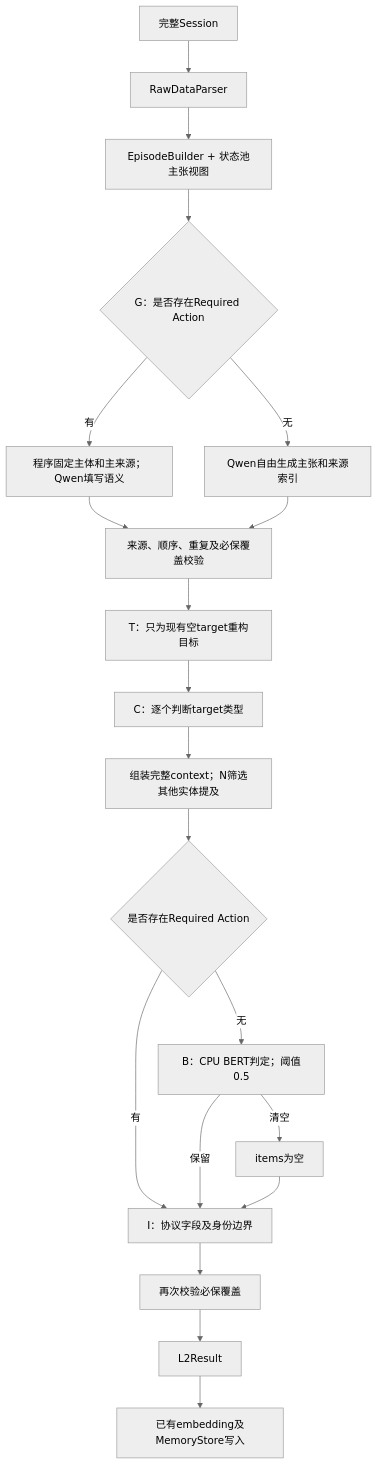
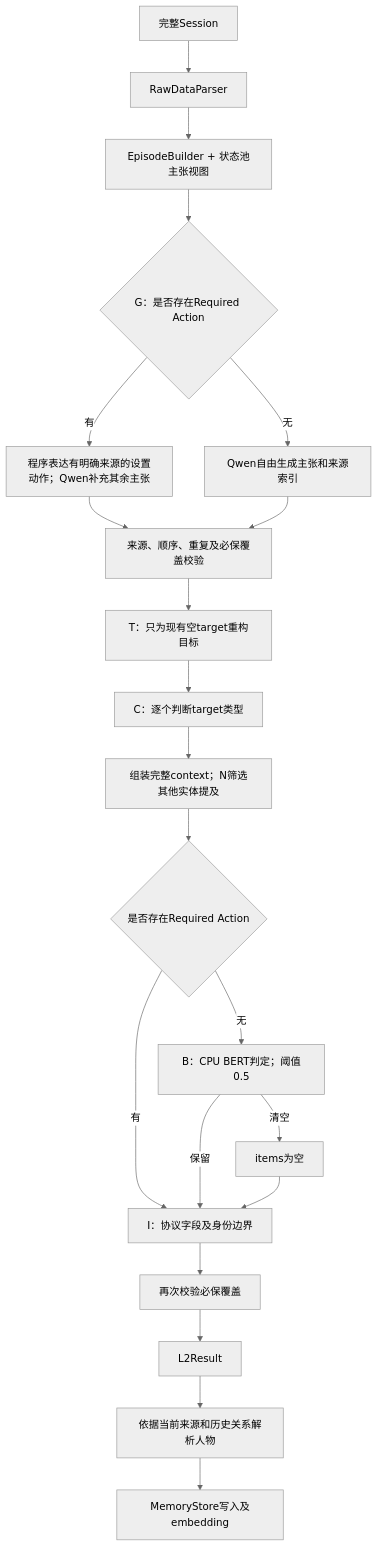
Before and after one commit to gaooooosh/LiMem: the diagram in docs/workflow1/README.md, drawn with Mermaid (neutral theme). The commit also changed other lines of this file and 26 other files, not shown here.

````diff
--- a/docs/workflow1/README.md
+++ b/docs/workflow1/README.md
@@ -9,22 +9,23 @@
 ```mermaid
 flowchart TD
     S[完整Session] --> P[RawDataParser]
     P --> E[EpisodeBuilder + 状态池主张视图]
     E --> G{G：是否存在Required Action}
-    G -->|有| GS[程序固定主体和主来源；Qwen填写语义]
+    G -->|有| GS[程序表达有明确来源的设置动作；Qwen补充其余主张]
     G -->|无| GF[Qwen自由生成主张和来源索引]
     GS --> V[来源、顺序、重复及必保覆盖校验]
     GF --> V
     V --> T[T：只为现有空target重构目标]
     T --> C[C：逐个判断target类型]
     C --> N[组装完整context；N筛选其他实体提及]
     N --> B{是否存在Required Action}
     B -->|有| I[I：协议字段及身份边界]
     B -->|无| BA[B：CPU BERT判定；阈值0.5]
     BA -->|保留| I
     BA -->|清空| Z[items为空]
     Z --> I
     I --> F[再次校验必保覆盖]
     F --> L[L2Result]
-    L --> W[已有embedding及MemoryStore写入]
+    L --> R[依据当前来源和历史关系解析人物]
+    R --> W[MemoryStore写入及embedding]
 ```
````
